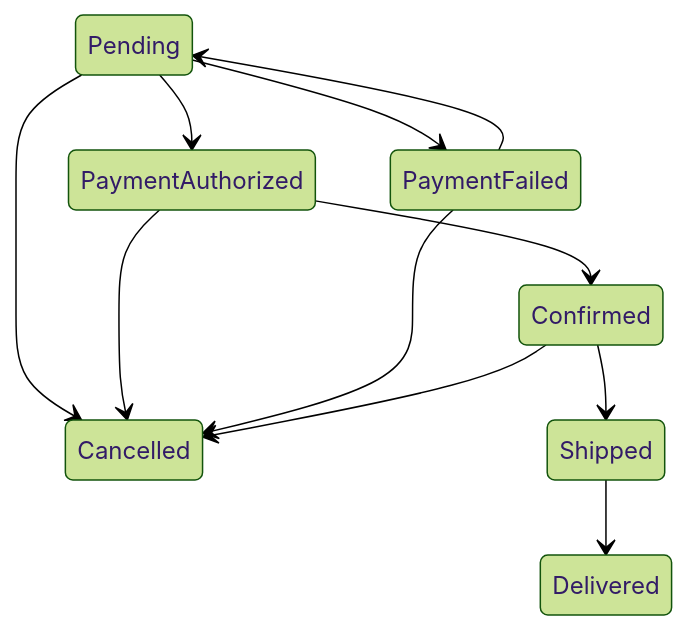
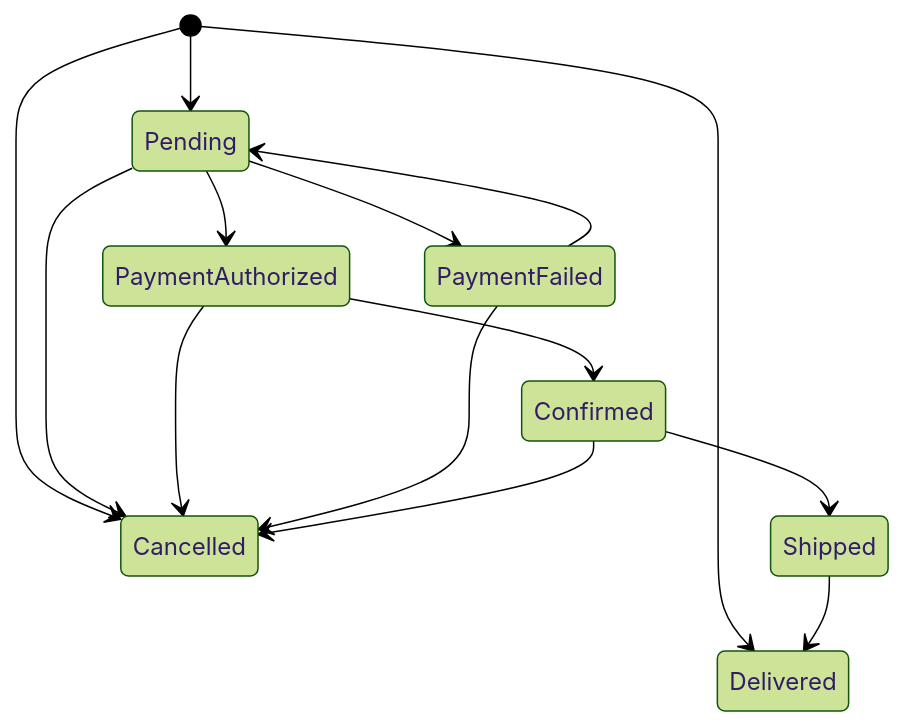
One commit to juanluelguerre/tendero changed the ninth of 17 diagrams in docs/domain-model.md. Above: the diagram before and after it, drawn with Mermaid (forest theme). The commit also changed other lines of this file and 15 other files, not shown here.

````diff
--- a/docs/domain-model.md
+++ b/docs/domain-model.md
@@ -870,13 +878,16 @@
 ```mermaid
 stateDiagram-v2
+    [*] --> Pending
+    [*] --> Delivered
+    [*] --> Cancelled
     Pending --> PaymentAuthorized
     Pending --> PaymentFailed
     Pending --> Cancelled
     PaymentAuthorized --> Confirmed
     PaymentAuthorized --> Cancelled
     PaymentFailed --> Pending
     PaymentFailed --> Cancelled
     Confirmed --> Shipped
     Confirmed --> Cancelled
     Shipped --> Delivered
 ```
````
